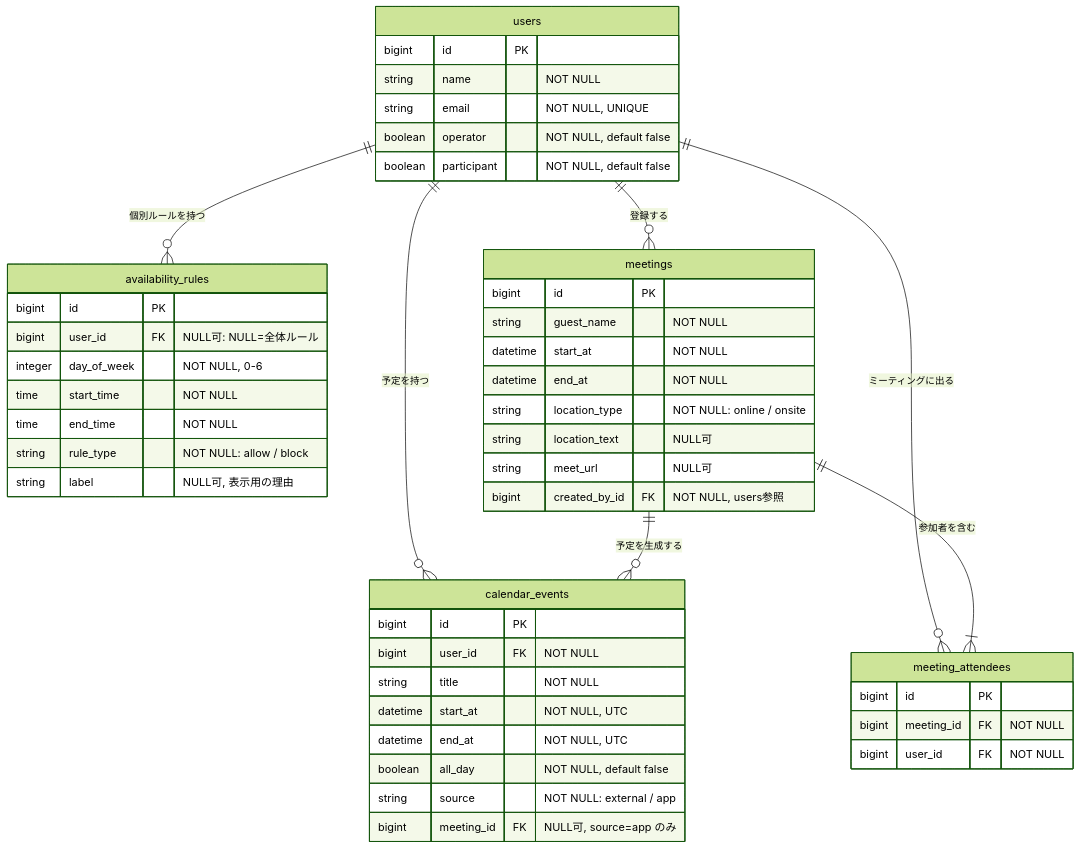
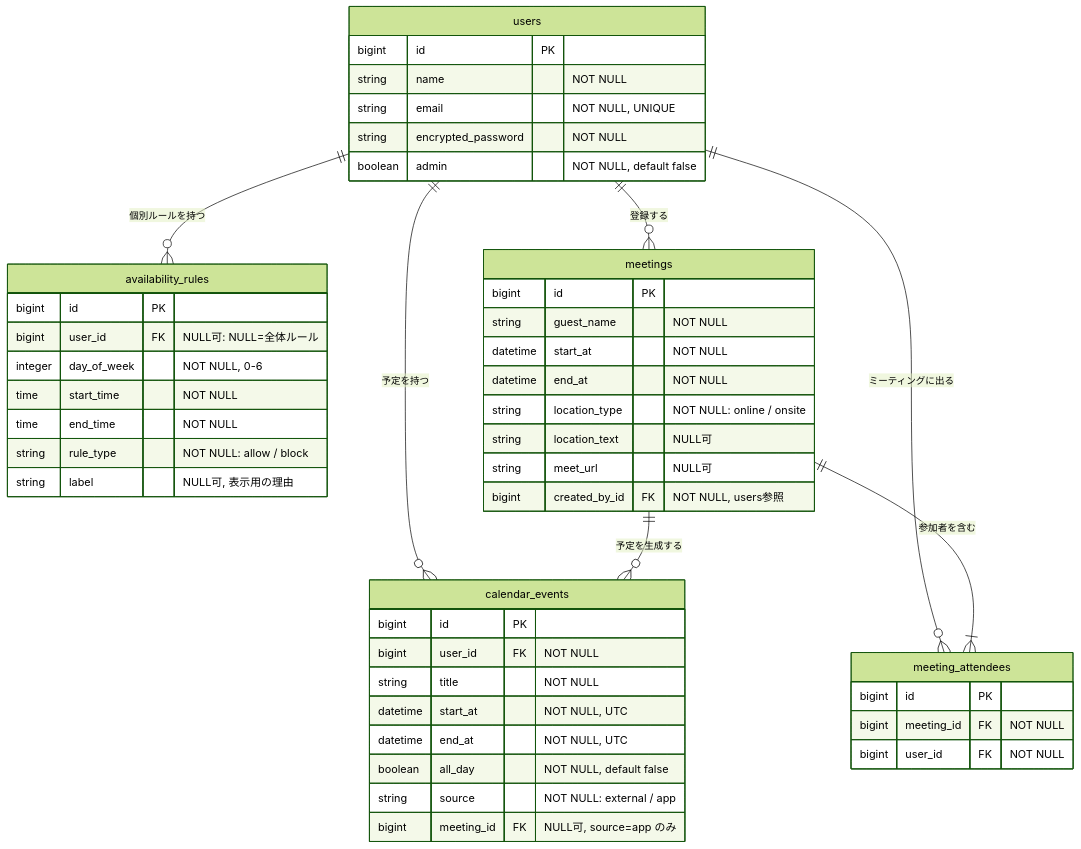
One commit to yuito-ouchi/interview-scheduler changed the second of 5 diagrams in docs/仕様書_MVP.md. Above: the diagram before and after it, drawn with Mermaid (forest theme). The commit also changed other lines of this file and 23 other files, not shown here.

````diff
--- a/docs/仕様書_MVP.md
+++ b/docs/仕様書_MVP.md
@@ -132,51 +132,51 @@
 ```mermaid
 erDiagram
     users ||--o{ calendar_events : "予定を持つ"
     users ||--o{ meeting_attendees : "ミーティングに出る"
     users ||--o{ availability_rules : "個別ルールを持つ"
     users ||--o{ meetings : "登録する"
     meetings ||--|{ meeting_attendees : "参加者を含む"
     meetings ||--o{ calendar_events : "予定を生成する"
 
     users {
         bigint id PK
         string name "NOT NULL"
         string email "NOT NULL, UNIQUE"
-        boolean operator "NOT NULL, default false"
-        boolean participant "NOT NULL, default false"
+        string encrypted_password "NOT NULL"
+        boolean admin "NOT NULL, default false"
     }
     calendar_events {
         bigint id PK
         bigint user_id FK "NOT NULL"
         string title "NOT NULL"
         datetime start_at "NOT NULL, UTC"
         datetime end_at "NOT NULL, UTC"
         boolean all_day "NOT NULL, default false"
         string source "NOT NULL: external / app"
         bigint meeting_id FK "NULL可, source=app のみ"
     }
     availability_rules {
         bigint id PK
         bigint user_id FK "NULL可: NULL=全体ルール"
         integer day_of_week "NOT NULL, 0-6"
         time start_time "NOT NULL"
         time end_time "NOT NULL"
         string rule_type "NOT NULL: allow / block"
         string label "NULL可, 表示用の理由"
     }
     meetings {
         bigint id PK
         string guest_name "NOT NULL"
         datetime start_at "NOT NULL"
         datetime end_at "NOT NULL"
         string location_type "NOT NULL: online / onsite"
         string location_text "NULL可"
         string meet_url "NULL可"
         bigint created_by_id FK "NOT NULL, users参照"
     }
     meeting_attendees {
         bigint id PK
         bigint meeting_id FK "NOT NULL"
         bigint user_id FK "NOT NULL"
     }
 ```
````
